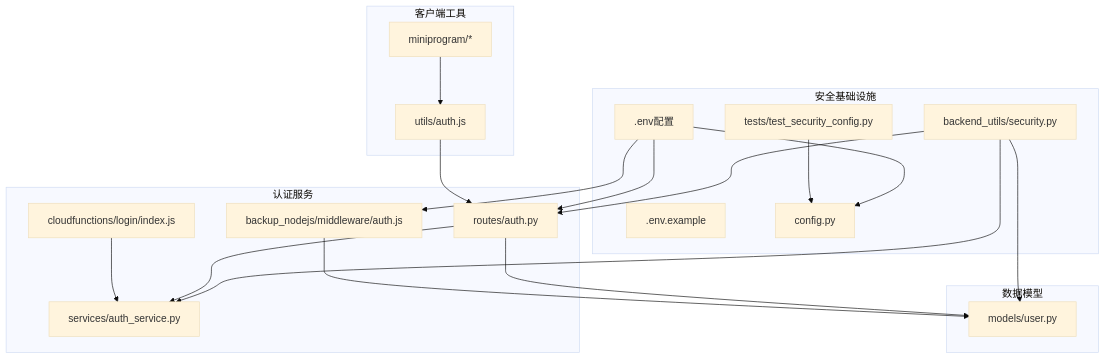
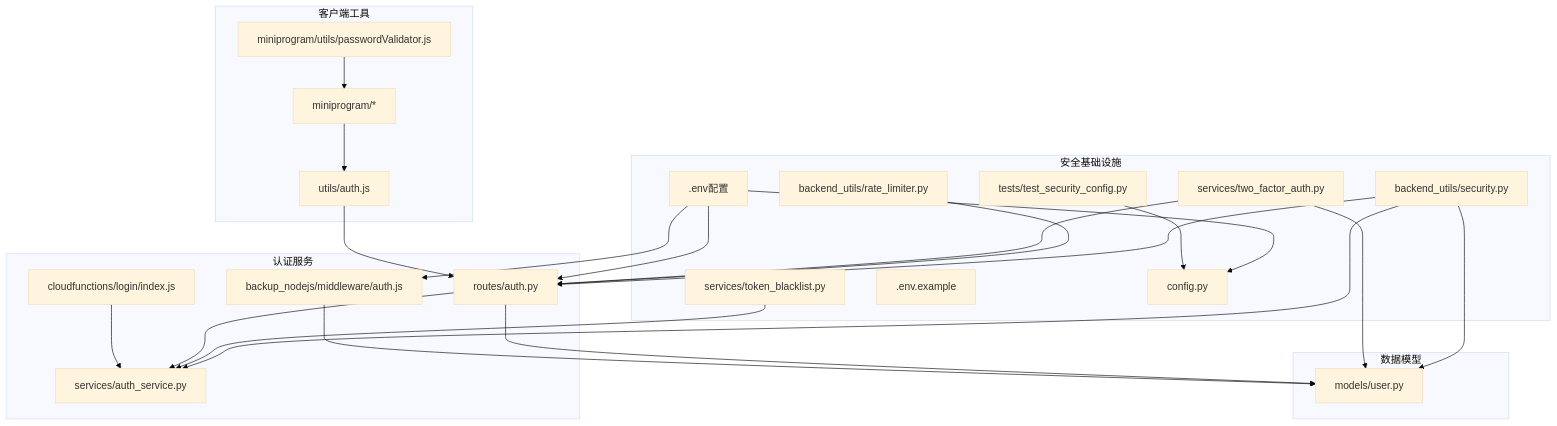
Diagram 14 of 14 in .qoder/repowiki/zh/content/Security Enhancements.md (guyuefangyuanl/Over-the-counter-options), drawn with Mermaid (base theme) before and after one commit. The commit also changed other lines of this file and 29 other files, not shown here.

````diff
--- a/.qoder/repowiki/zh/content/Security Enhancements.md
+++ b/.qoder/repowiki/zh/content/Security Enhancements.md
@@ -380,36 +621,45 @@
 ```mermaid
 graph TB
 subgraph "安全基础设施"
 SecurityPy[backend_utils/security.py]
+RateLimiterPy[backend_utils/rate_limiter.py]
+TwoFactorAuthPy[services/two_factor_auth.py]
+TokenBlacklistPy[services/token_blacklist.py]
 EnvConfig[.env配置]
 EnvExample[.env.example]
 TestSecurity[tests/test_security_config.py]
 ConfigPy[config.py]
 end
 subgraph "认证服务"
 AuthRoutes[routes/auth.py]
 AuthMiddleware[backup_nodejs/middleware/auth.js]
 CloudLogin[cloudfunctions/login/index.js]
 AuthService[services/auth_service.py]
 end
 subgraph "数据模型"
 UserModel[models/user.py]
 end
 subgraph "客户端工具"
 AuthJS[utils/auth.js]
 MiniProgram[miniprogram/*]
+PasswordValidator[miniprogram/utils/passwordValidator.js]
 end
 SecurityPy --> AuthRoutes
 SecurityPy --> UserModel
 SecurityPy --> AuthService
+RateLimiterPy --> AuthRoutes
+TwoFactorAuthPy --> AuthRoutes
+TwoFactorAuthPy --> UserModel
+TokenBlacklistPy --> AuthService
 EnvConfig --> AuthRoutes
 EnvConfig --> ConfigPy
 EnvConfig --> AuthMiddleware
 TestSecurity --> ConfigPy
 AuthRoutes --> AuthService
 AuthRoutes --> UserModel
 AuthMiddleware --> UserModel
 CloudLogin --> AuthService
 AuthJS --> AuthRoutes
 MiniProgram --> AuthJS
+PasswordValidator --> MiniProgram
 ```
````
